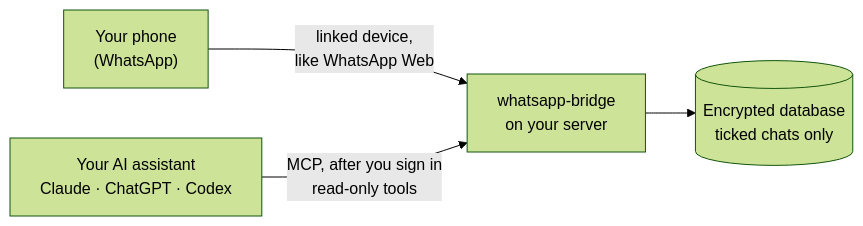
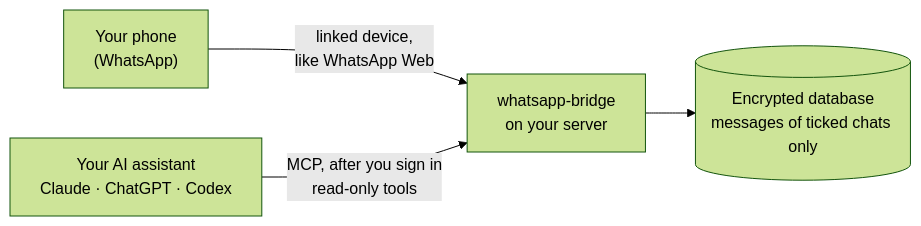
The diagram in README.md (vid-t/whatsapp-bridge), drawn with Mermaid (forest theme) before and after one commit. The commit also changed other lines of this file and 14 other files, not shown here.

````diff
--- a/README.md
+++ b/README.md
@@ -17,6 +17,6 @@
 ```mermaid
 flowchart LR
     phone["Your phone<br/>(WhatsApp)"] -- "linked device,<br/>like WhatsApp Web" --> bridge["whatsapp-bridge<br/>on your server"]
-    bridge --> db[("Encrypted database<br/>ticked chats only")]
+    bridge --> db[("Encrypted database<br/>messages of ticked chats only")]
     ai["Your AI assistant<br/>Claude · ChatGPT · Codex"] -- "MCP, after you sign in<br/>read-only tools" --> bridge
 ```
````
